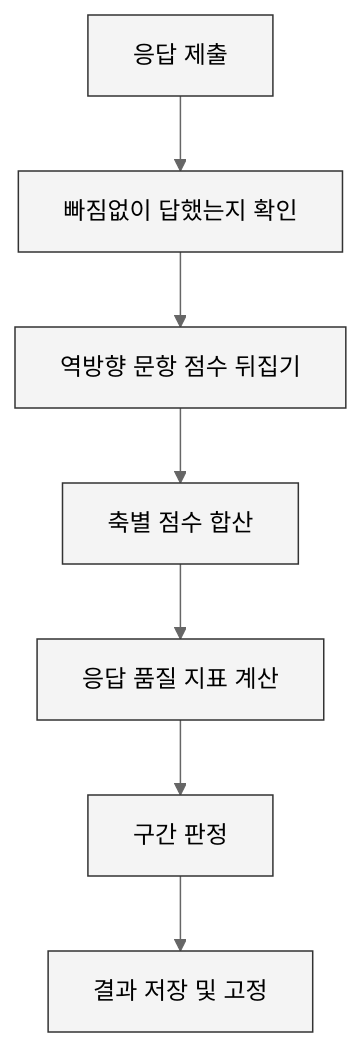
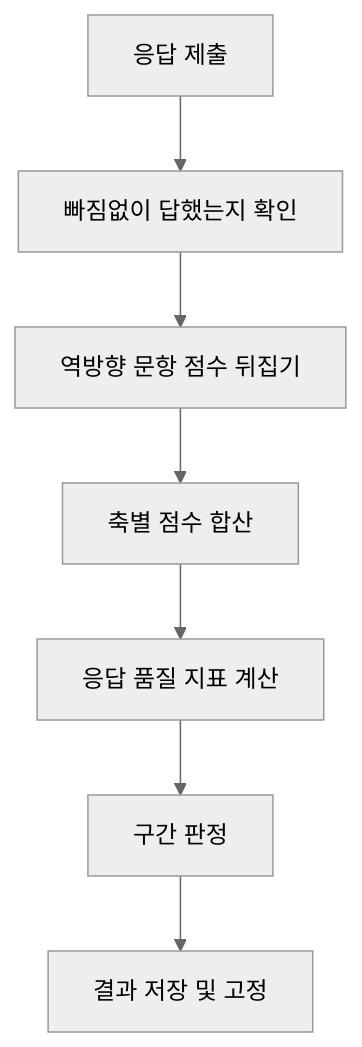
The diagram in docs/05_시스템_보고서.md (Kodol05/survey-design-docs), drawn with Mermaid (neutral theme) before and after one commit. The commit also changed other lines of this file, not shown here.

````diff
--- a/docs/05_시스템_보고서.md
+++ b/docs/05_시스템_보고서.md
@@ -341,12 +192,9 @@
 ```mermaid
 flowchart TB
   A["응답 제출"] --> B["빠짐없이 답했는지 확인"]
   B --> C["역방향 문항 점수 뒤집기"]
   C --> D["축별 점수 합산"]
   D --> E["응답 품질 지표 계산"]
   E --> F["구간 판정"]
   F --> G["결과 저장 및 고정"]
-
-  classDef step fill:#f4f4f4,stroke:#333,stroke-width:1px;
-  class A,B,C,D,E,F,G step;
 ```
````
